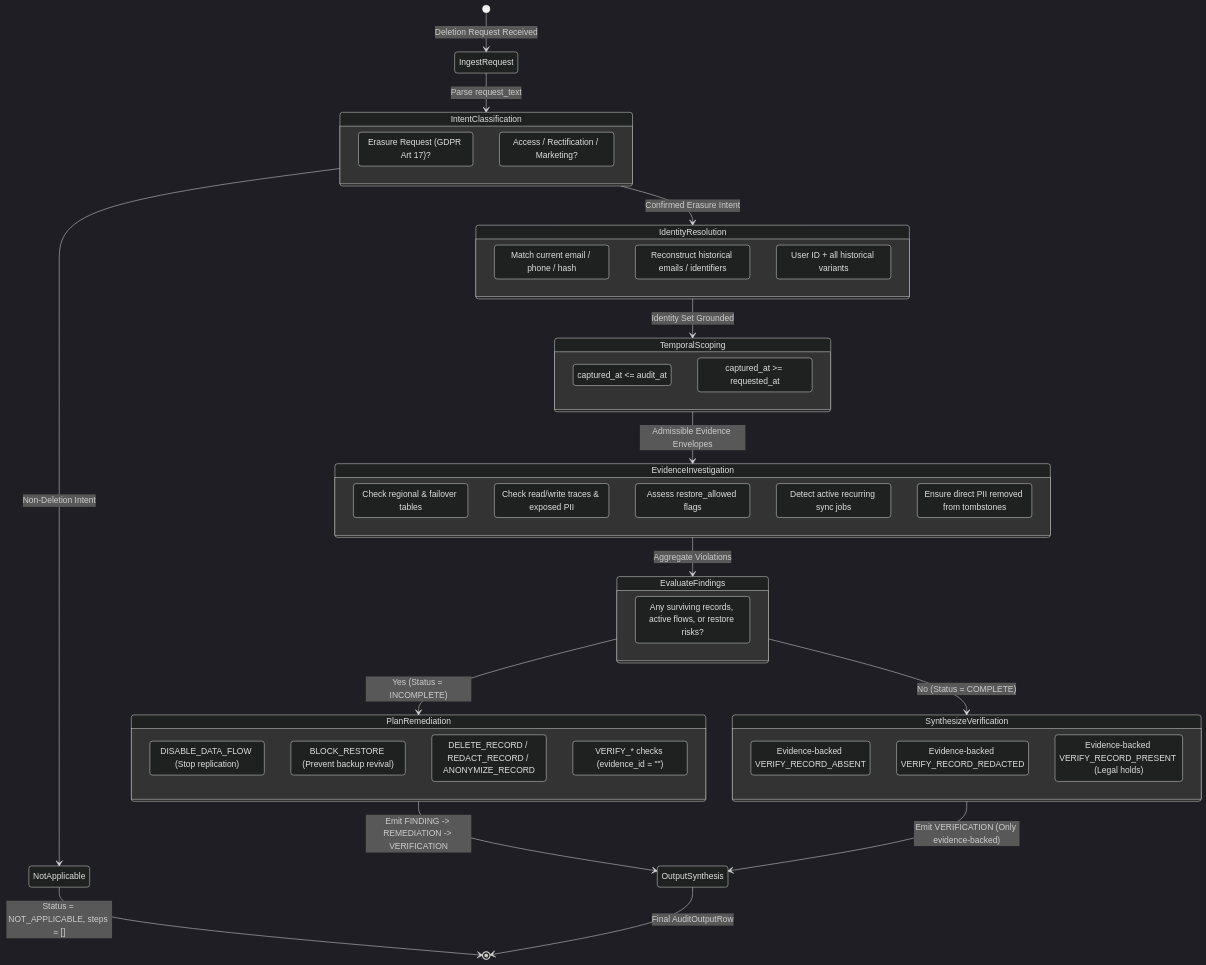
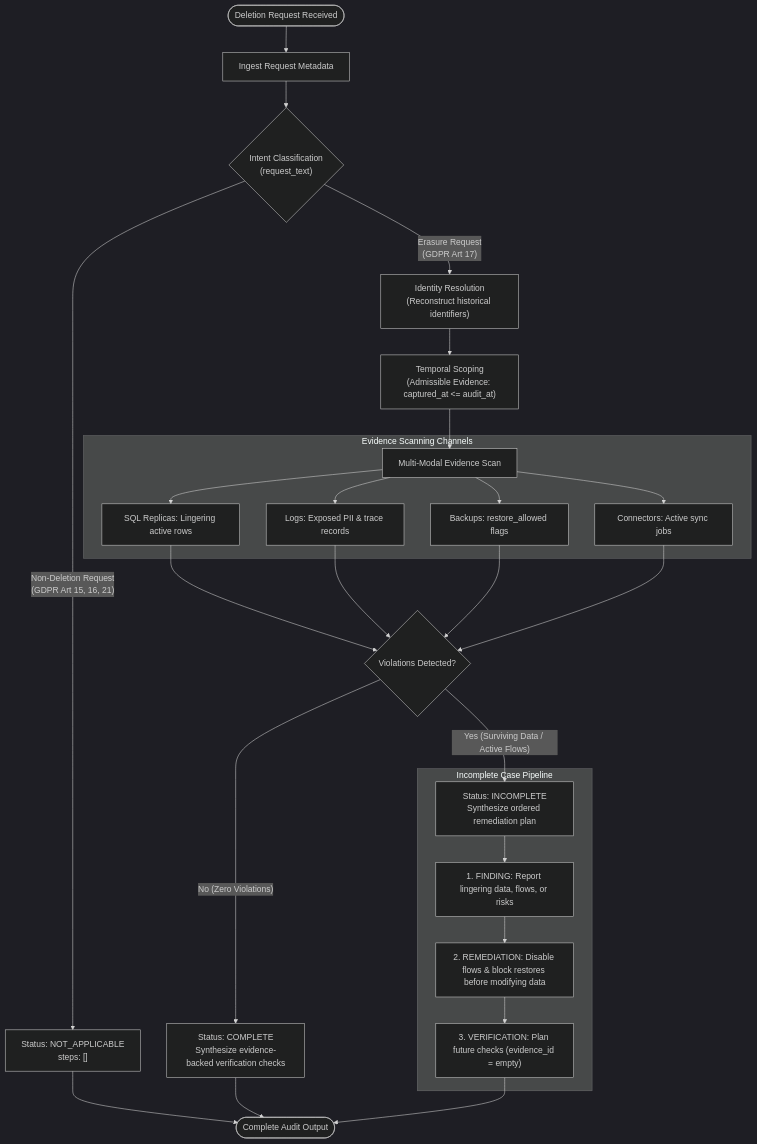
Before and after one commit to aaryan2720/Ghost_data_detector: the diagram in docs/investigation-workflow.md, drawn with Mermaid (dark theme). The commit also changed 4 other files, not shown here.

Commit message:
docs: update architecture diagrams in README and add detailed system architecture documentation

````diff
--- a/docs/investigation-workflow.md
+++ b/docs/investigation-workflow.md
@@ -9,64 +9,37 @@
 ```mermaid
-stateDiagram-v2
-    [*] --> IngestRequest: Deletion Request Received
-    IngestRequest --> IntentClassification: Parse request_text
-    
-    state IntentClassification {
-        CheckErasureIntent: Erasure Request (GDPR Art 17)?
-        CheckAccessIntent: Access / Rectification / Marketing?
-    }
-    
-    IntentClassification --> NotApplicable: Non-Deletion Intent
-    NotApplicable --> [*]: Status = NOT_APPLICABLE, steps = []
-    
-    IntentClassification --> IdentityResolution: Confirmed Erasure Intent
-    
-    state IdentityResolution {
-        LookupCurrentSnapshot: Match current email / phone / hash
-        TraverseAuditLog: Reconstruct historical emails / identifiers
-        BuildSearchKeySet: User ID + all historical variants
-    }
-    
-    IdentityResolution --> TemporalScoping: Identity Set Grounded
-    
-    state TemporalScoping {
-        FilterManifest: captured_at <= audit_at
-        FilterPostRequest: captured_at >= requested_at
-    }
-    
-    TemporalScoping --> EvidenceInvestigation: Admissible Evidence Envelopes
-    
-    state EvidenceInvestigation {
-        InspectSQLReplicas: Check regional & failover tables
-        InspectLogs: Check read/write traces & exposed PII
-        InspectBackups: Assess restore_allowed flags
-        InspectConnectors: Detect active recurring sync jobs
-        VerifyTombstones: Ensure direct PII removed from tombstones
-    }
-    
-    EvidenceInvestigation --> EvaluateFindings: Aggregate Violations
-    
-    state EvaluateFindings {
-        HasViolations: Any surviving records, active flows, or restore risks?
-    }
-    
-    EvaluateFindings --> PlanRemediation: Yes (Status = INCOMPLETE)
-    EvaluateFindings --> SynthesizeVerification: No (Status = COMPLETE)
-    
-    state PlanRemediation {
-        Step1_DisableFlows: DISABLE_DATA_FLOW (Stop replication)
-        Step2_BlockRestores: BLOCK_RESTORE (Prevent backup revival)
-        Step3_RemediateRecords: DELETE_RECORD / REDACT_RECORD / ANONYMIZE_RECORD
-        Step4_PlanFutureVerification: VERIFY_* checks (evidence_id = "")
-    }
-    
-    state SynthesizeVerification {
-        Step1_ProveAbsence: Evidence-backed VERIFY_RECORD_ABSENT
-        Step2_ProveTombstone: Evidence-backed VERIFY_RECORD_REDACTED
-        Step3_ProveRetained: Evidence-backed VERIFY_RECORD_PRESENT (Legal holds)
-    }
-    
-    PlanRemediation --> OutputSynthesis: Emit FINDING -> REMEDIATION -> VERIFICATION
-    SynthesizeVerification --> OutputSynthesis: Emit VERIFICATION (Only evidence-backed)
-    OutputSynthesis --> [*]: Final AuditOutputRow
+flowchart TD
+    START(["Deletion Request Received"]) --> INGEST["Ingest Request Metadata"]
+    INGEST --> INTENT{"Intent Classification<br/>(request_text)"}
+
+    INTENT -->|"Non-Deletion Request<br/>(GDPR Art 15, 16, 21)"| NA["Status: NOT_APPLICABLE<br/>steps: []"]
+    NA --> DONE(["Complete Audit Output"])
+
+    INTENT -->|"Erasure Request<br/>(GDPR Art 17)"| RESOLVE["Identity Resolution<br/>(Reconstruct historical identifiers)"]
+
+    RESOLVE --> SCOPE["Temporal Scoping<br/>(Admissible Evidence: captured_at <= audit_at)"]
+
+    SCOPE --> SCAN["Multi-Modal Evidence Scan"]
+    subgraph sub_scan["Evidence Scanning Channels"]
+        SCAN --> S_SQL["SQL Replicas: Lingering active rows"]
+        SCAN --> S_LOG["Logs: Exposed PII & trace records"]
+        SCAN --> S_BAK["Backups: restore_allowed flags"]
+        SCAN --> S_SYNC["Connectors: Active sync jobs"]
+    end
+
+    S_SQL --> DECIDE{"Violations Detected?"}
+    S_LOG --> DECIDE
+    S_BAK --> DECIDE
+    S_SYNC --> DECIDE
+
+    DECIDE -->|"No (Zero Violations)"| COMPLETE["Status: COMPLETE<br/>Synthesize evidence-backed verification checks"]
+    DECIDE -->|"Yes (Surviving Data / Active Flows)"| INCOMPLETE["Status: INCOMPLETE<br/>Synthesize ordered remediation plan"]
+
+    subgraph sub_remediation["Incomplete Case Pipeline"]
+        INCOMPLETE --> P1["1. FINDING: Report lingering data, flows, or risks"]
+        P1 --> P2["2. REMEDIATION: Disable flows & block restores before modifying data"]
+        P2 --> P3["3. VERIFICATION: Plan future checks (evidence_id = empty)"]
+    end
+
+    COMPLETE --> DONE
+    P3 --> DONE
 ```
````
